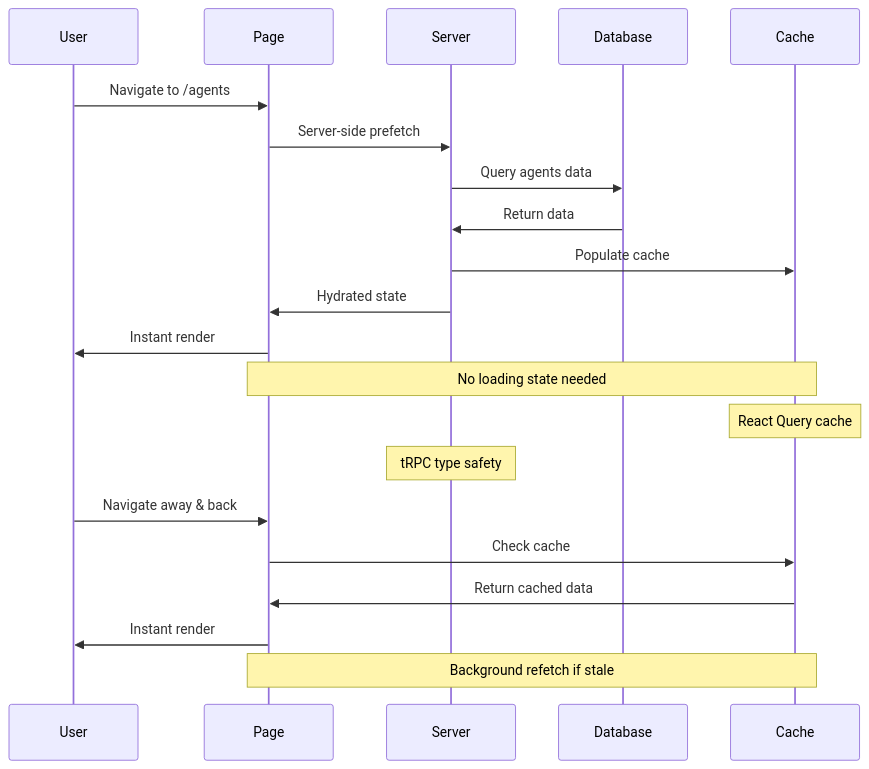
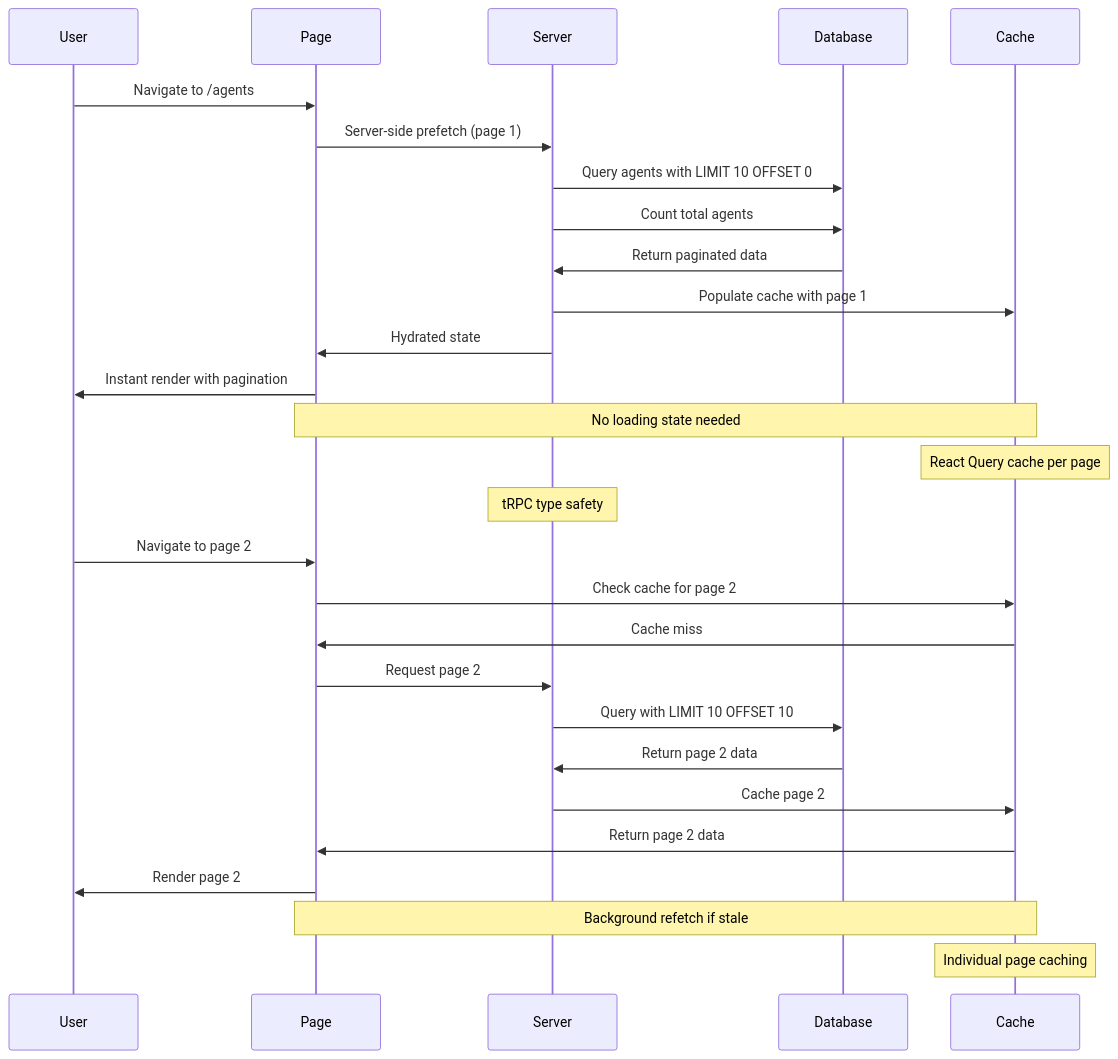
The ninth of 14 diagrams in README.md (felipesanchez-dev/agentesia), drawn with Mermaid before and after one commit. The commit also changed other lines of this file, not shown here.

Commit message:
docs: Update README.md with enhanced features, architecture diagrams, and improved documentation

````diff
--- a/README.md
+++ b/README.md
@@ -508,27 +698,34 @@
 ```mermaid
 sequenceDiagram
     participant U as User
     participant P as Page
     participant S as Server
     participant D as Database
     participant C as Cache
-    
+
     U->>P: Navigate to /agents
-    P->>S: Server-side prefetch
-    S->>D: Query agents data
-    D->>S: Return data
-    S->>C: Populate cache
+    P->>S: Server-side prefetch (page 1)
+    S->>D: Query agents with LIMIT 10 OFFSET 0
+    S->>D: Count total agents
+    D->>S: Return paginated data
+    S->>C: Populate cache with page 1
     S->>P: Hydrated state
-    P->>U: Instant render
-    
+    P->>U: Instant render with pagination
+
     Note over P,C: No loading state needed
-    Note over C: React Query cache
+    Note over C: React Query cache per page
     Note over S: tRPC type safety
-    
-    U->>P: Navigate away & back
-    P->>C: Check cache
-    C->>P: Return cached data
-    P->>U: Instant render
-    
+
+    U->>P: Navigate to page 2
+    P->>C: Check cache for page 2
+    C->>P: Cache miss
+    P->>S: Request page 2
+    S->>D: Query with LIMIT 10 OFFSET 10
+    D->>S: Return page 2 data
+    S->>C: Cache page 2
+    C->>P: Return page 2 data
+    P->>U: Render page 2
+
     Note over P,C: Background refetch if stale
+    Note over C: Individual page caching
 ```
````
